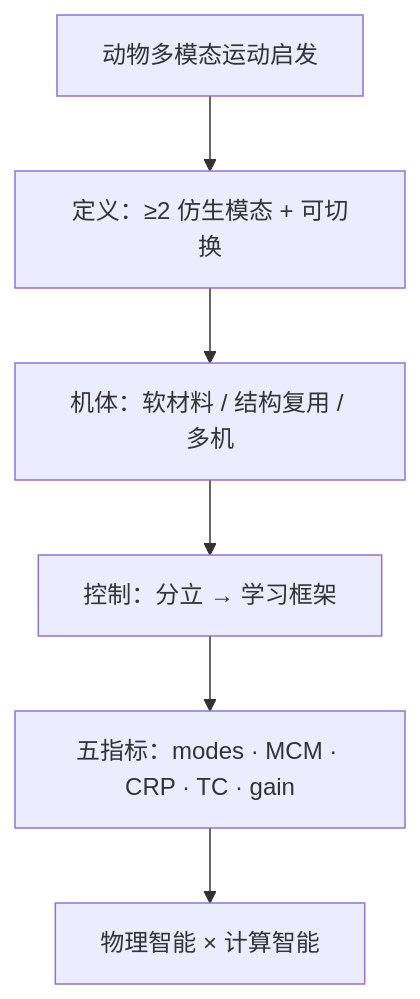
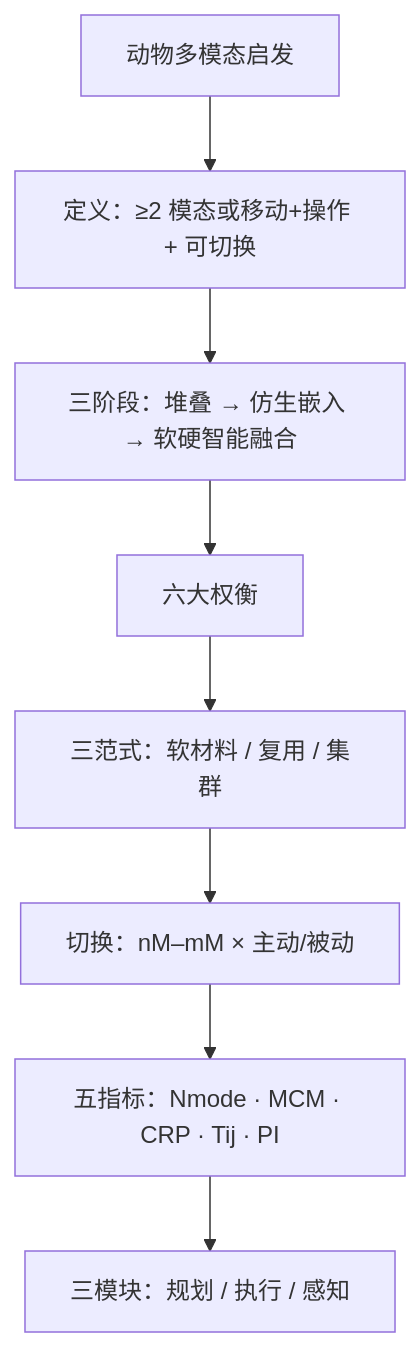
The second of 2 diagrams in wiki/entities/paper-bioinspired-multimodal-robotics.md (ImChong/Robotics_Notebooks), drawn with Mermaid before and after one commit. The commit also changed other lines of this file and 11 other files, not shown here.

````diff
--- a/wiki/entities/paper-bioinspired-multimodal-robotics.md
+++ b/wiki/entities/paper-bioinspired-multimodal-robotics.md
@@ -119,10 +138,12 @@
 ```mermaid
 flowchart TB
-  bio["动物多模态运动启发"]
-  defn["定义：≥2 仿生模态 + 可切换"]
-  design["机体：软材料 / 结构复用 / 多机"]
-  ctrl["控制：分立 → 学习框架"]
-  metrics["五指标：modes · MCM · CRP · TC · gain"]
-  roadmap["物理智能 × 计算智能"]
-  bio --> defn --> design --> ctrl --> metrics --> roadmap
+  bio["动物多模态启发"]
+  defn["定义：≥2 模态或移动+操作 + 可切换"]
+  hist["三阶段：堆叠 → 仿生嵌入 → 软硬智能融合"]
+  trade["六大权衡"]
+  design["三范式：软材料 / 复用 / 集群"]
+  switch["切换：nM–mM × 主动/被动"]
+  metrics["五指标：Nmode · MCM · CRP · Tij · PI"]
+  arch["三模块：规划 / 执行 / 感知"]
+  bio --> defn --> hist --> trade --> design --> switch --> metrics --> arch
 ```
````
